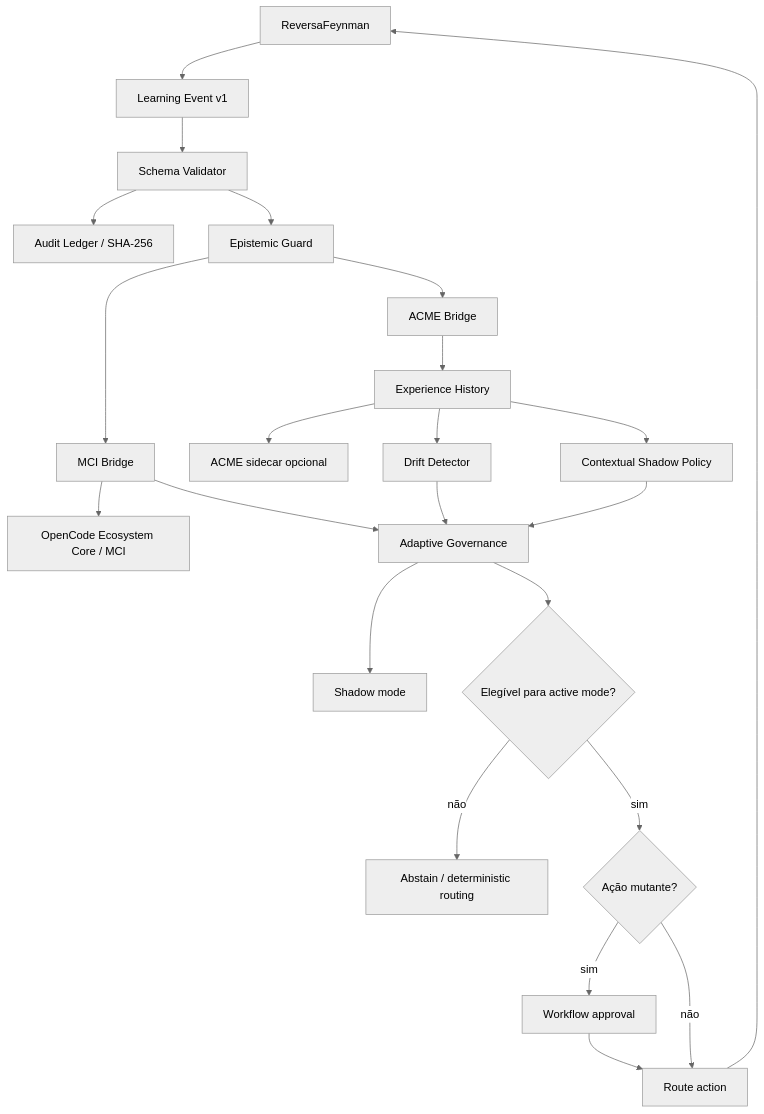
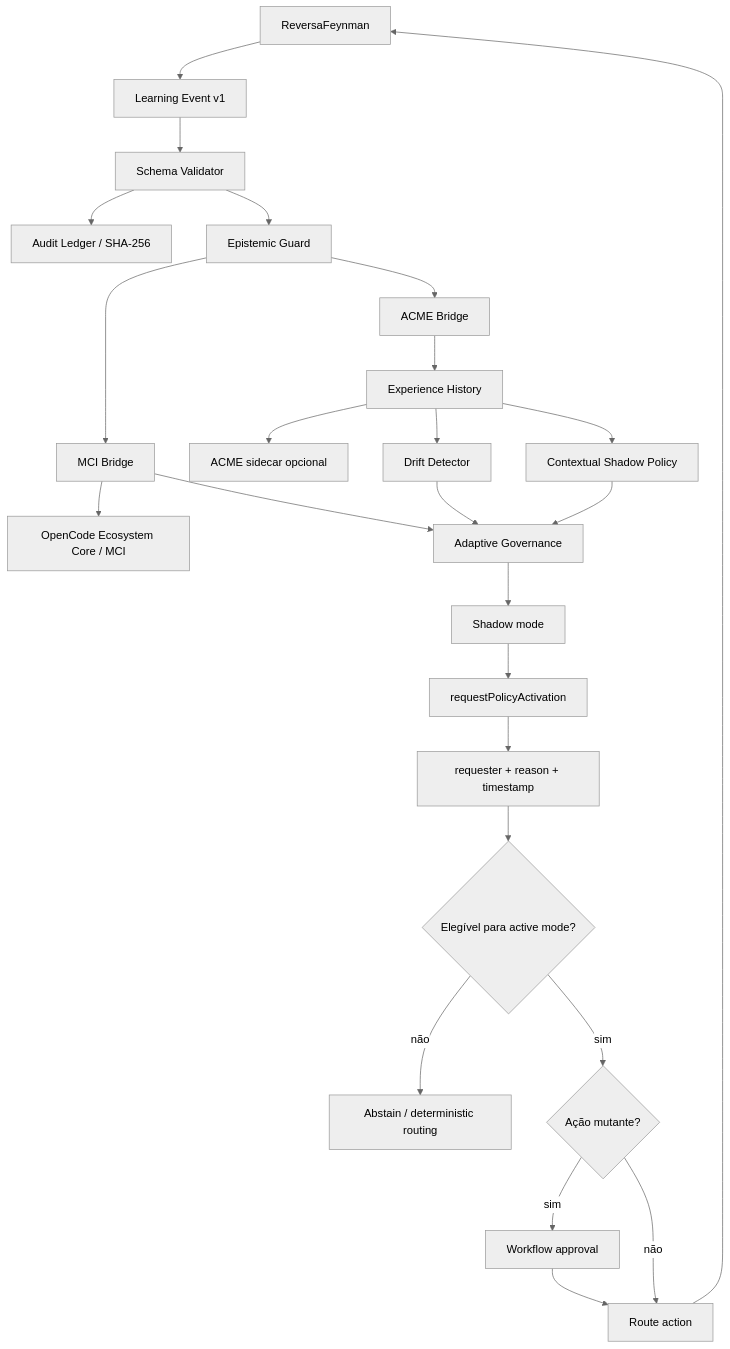
One commit to MarceloClaro/reversa changed the fourth of 5 diagrams in README.md. Above: the diagram before and after it, drawn with Mermaid (neutral theme). The commit also changed other lines of this file, not shown here.

Commit message:
docs: alinhar README com slug físico e activation governance

````diff
--- a/README.md
+++ b/README.md
@@ -175,29 +177,31 @@
 ```mermaid
 flowchart TB
     RF["ReversaFeynman"] --> EV["Learning Event v1"]
     EV --> SV["Schema Validator"]
     SV --> LED["Audit Ledger / SHA-256"]
     SV --> EG["Epistemic Guard"]
 
     EG --> MB["MCI Bridge"]
     EG --> AB["ACME Bridge"]
 
     MB --> OC["OpenCode Ecosystem Core / MCI"]
     AB --> HIST["Experience History"]
     HIST --> AC["ACME sidecar opcional"]
     HIST --> DR["Drift Detector"]
     HIST --> POL["Contextual Shadow Policy"]
 
     DR --> GOV["Adaptive Governance"]
     POL --> GOV
     MB --> GOV
 
     GOV --> SHADOW["Shadow mode"]
-    GOV --> ACTIVE{"Elegível para active mode?"}
+    SHADOW --> ACTREQ["requestPolicyActivation"]
+    ACTREQ --> AR["requester + reason + timestamp"]
+    AR --> ACTIVE{"Elegível para active mode?"}
     ACTIVE -->|"não"| ABSTAIN["Abstain / deterministic routing"]
     ACTIVE -->|"sim"| APPROVAL{"Ação mutante?"}
     APPROVAL -->|"sim"| HUMAN["Workflow approval"]
     APPROVAL -->|"não"| ROUTE["Route action"]
     HUMAN --> ROUTE
     ROUTE --> RF
 ```
````
